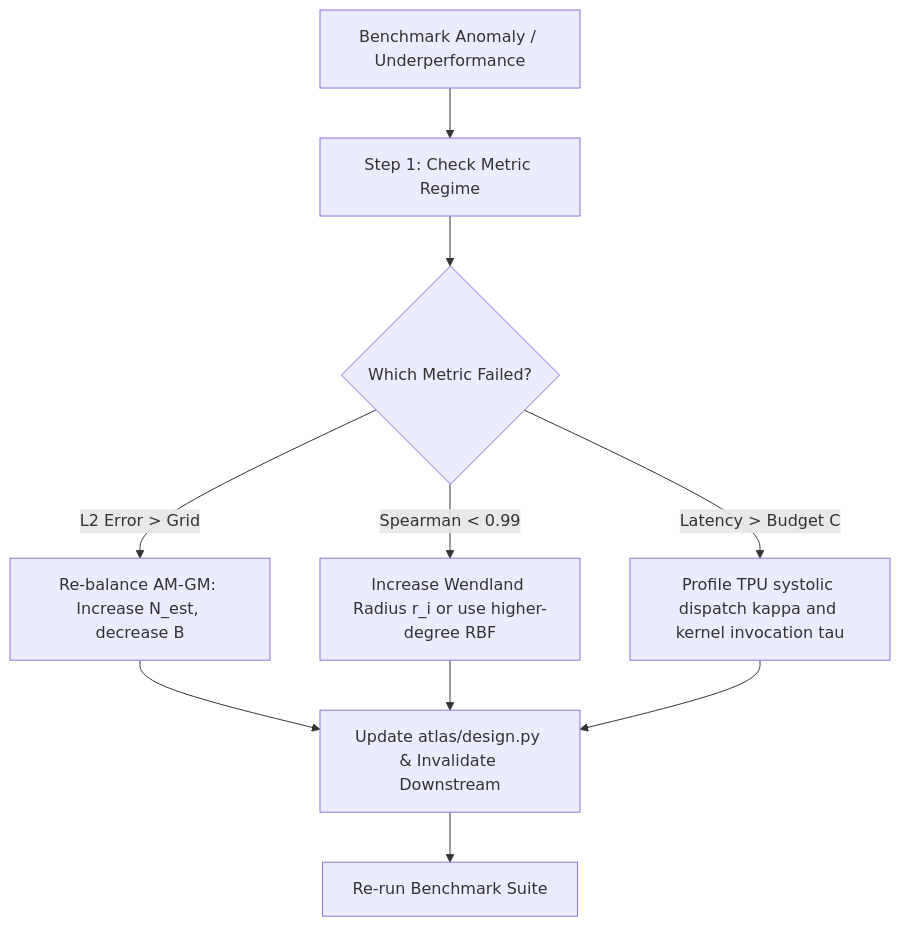
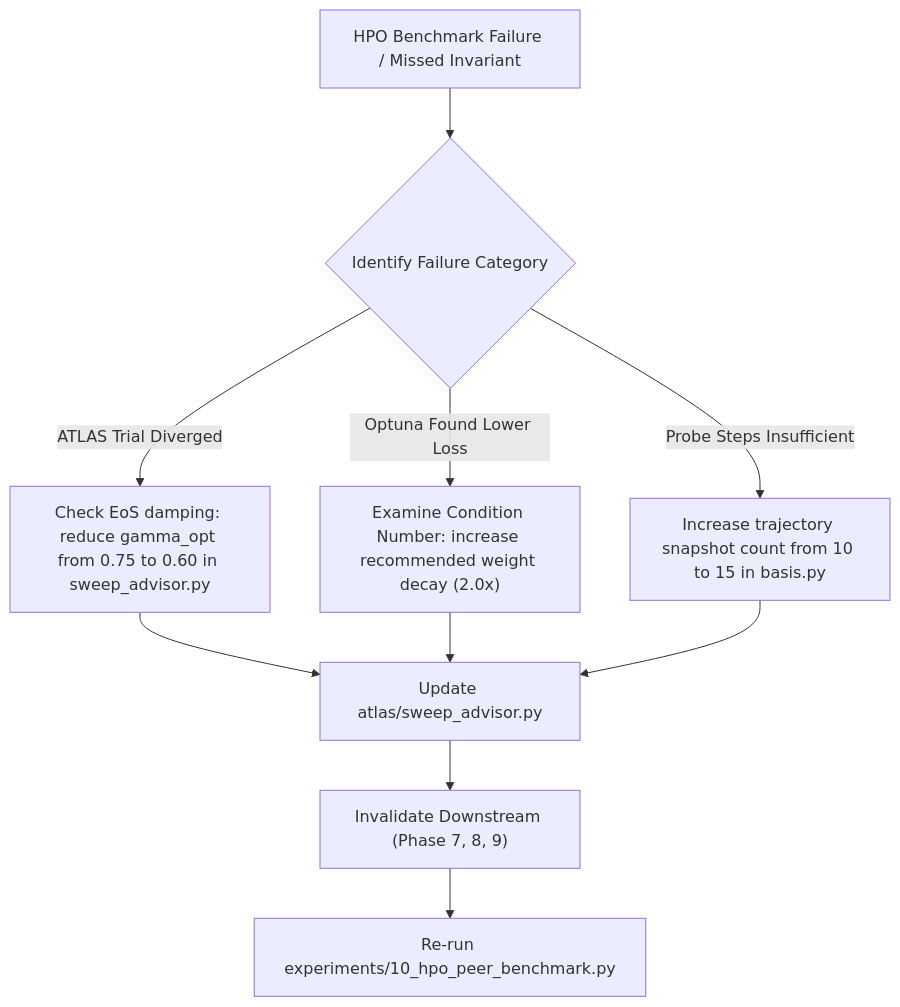
One commit to tasmaikeni13/atlas changed the diagram in phases/phase6.md. Above: the diagram before and after it, drawn with Mermaid. The commit also changed other lines of this file and 13 other files, not shown here.

Commit message:
feat: add Phase 6 HPO peer competition and renumber phase pipeline to 9 phases

````diff
--- a/phases/phase6.md
+++ b/phases/phase6.md
@@ -87,12 +69,14 @@
 ```mermaid
 flowchart TD
-    A["Benchmark Anomaly / Underperformance"] --> B["Step 1: Check Metric Regime"]
-    B --> C{"Which Metric Failed?"}
-    C -- "L2 Error > Grid" --> D["Re-balance AM-GM: Increase N_est, decrease B"]
-    C -- "Spearman < 0.99" --> E["Increase Wendland Radius r_i or use higher-degree RBF"]
-    C -- "Latency > Budget C" --> F["Profile TPU systolic dispatch kappa and kernel invocation tau"]
-    D --> G["Update atlas/design.py & Invalidate Downstream"]
-    E --> G
-    F --> G
-    G --> H["Re-run Benchmark Suite"]
+    A["HPO Benchmark Failure / Missed Invariant"] --> B{"Identify Failure Category"}
+    
+    B -- "ATLAS Trial Diverged" --> C["Check EoS damping: reduce gamma_opt from 0.75 to 0.60 in sweep_advisor.py"]
+    B -- "Optuna Found Lower Loss" --> D["Examine Condition Number: increase recommended weight decay (2.0x)"]
+    B -- "Probe Steps Insufficient" --> E["Increase trajectory snapshot count from 10 to 15 in basis.py"]
+    
+    C --> F["Update atlas/sweep_advisor.py"]
+    D --> F
+    E --> F
+    F --> G["Invalidate Downstream (Phase 7, 8, 9)"]
+    G --> H["Re-run experiments/10_hpo_peer_benchmark.py"]
 ```
````
